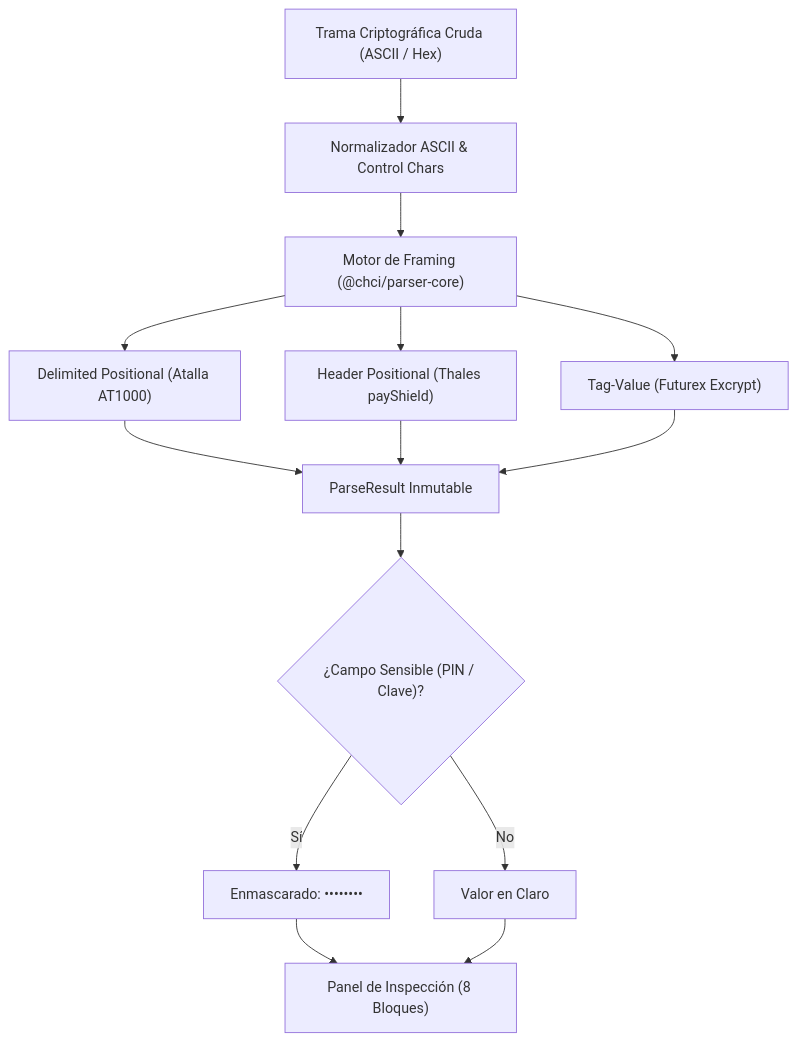
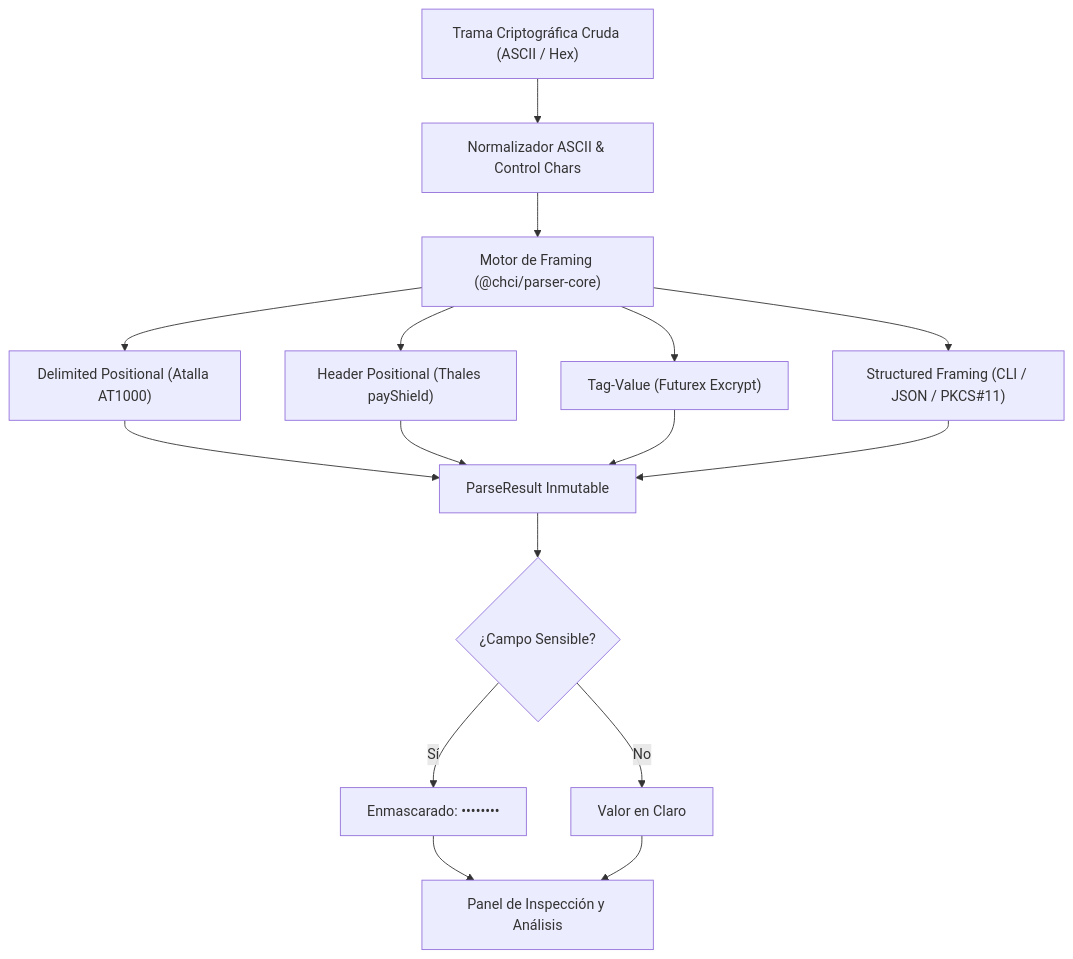
The first of 3 diagrams in docs/user-guide/es.md (NeverWe1come/Crypto-Hardware-Command-Inspector), drawn with Mermaid before and after one commit. The commit also changed other lines of this file and 23 other files, not shown here.

````diff
--- a/docs/user-guide/es.md
+++ b/docs/user-guide/es.md
@@ -23,16 +28,18 @@
 ```mermaid
 flowchart TD
     Raw["Trama Criptográfica Cruda (ASCII / Hex)"] --> Norm["Normalizador ASCII & Control Chars"]
     Norm --> Engine["Motor de Framing (@chci/parser-core)"]
     Engine --> Atalla["Delimited Positional (Atalla AT1000)"]
     Engine --> Thales["Header Positional (Thales payShield)"]
     Engine --> Futurex["Tag-Value (Futurex Excrypt)"]
-    Atalla --> ParseResult["ParseResult Inmutable"]
-    Thales --> ParseResult
-    Futurex --> ParseResult
-    ParseResult --> Masking{"¿Campo Sensible (PIN / Clave)?"}
+    Engine --> Structured["Structured Framing (CLI / JSON / PKCS#11)"]
+    Atalla --> Result["ParseResult Inmutable"]
+    Thales --> Result
+    Futurex --> Result
+    Structured --> Result
+    Result --> Masking{"¿Campo Sensible?"}
     Masking -- Sí --> Mask["Enmascarado: ••••••••"]
     Masking -- No --> Clear["Valor en Claro"]
-    Mask --> UI["Panel de Inspección (8 Bloques)"]
+    Mask --> UI["Panel de Inspección y Análisis"]
     Clear --> UI
 ```
````
